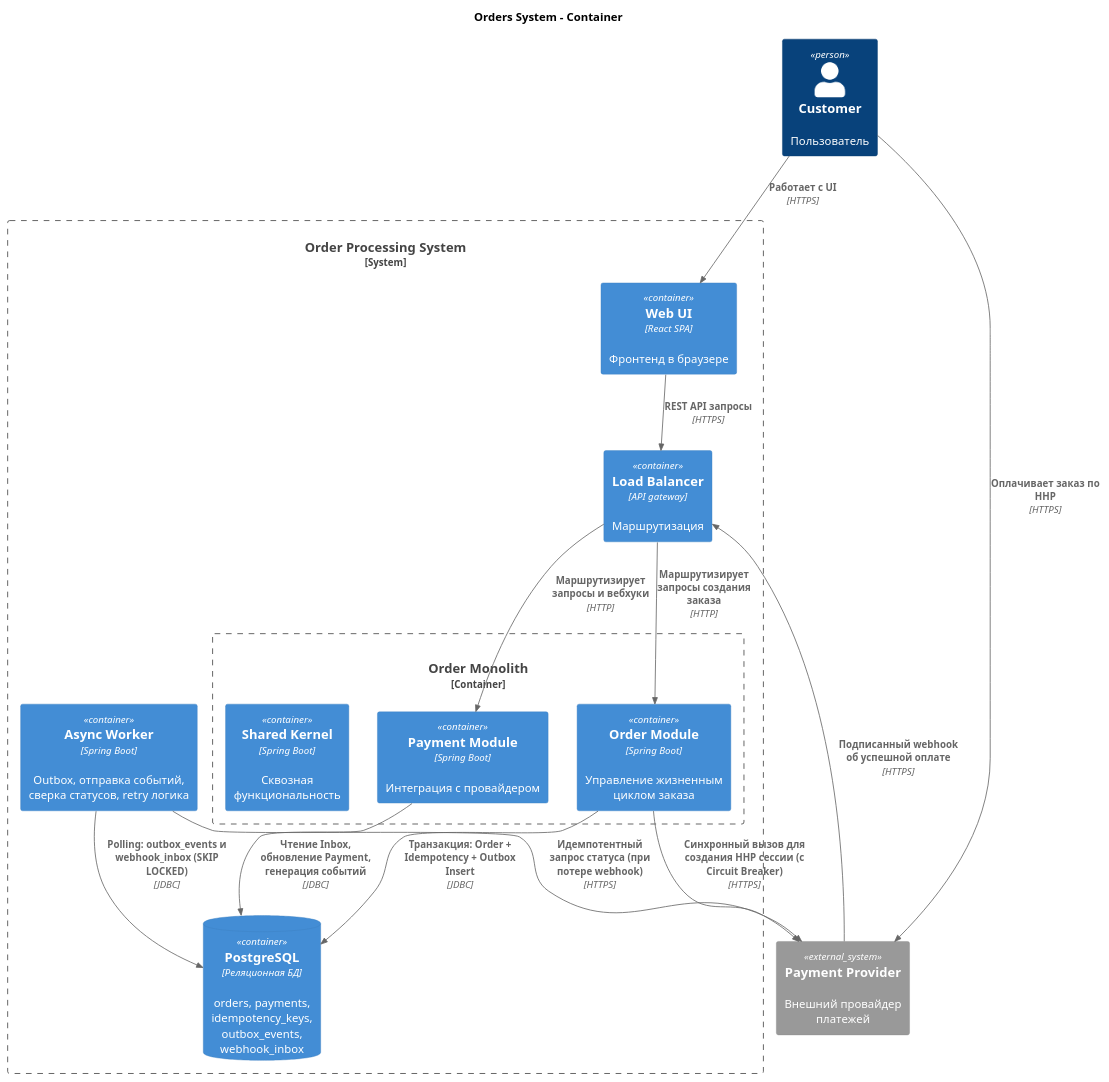
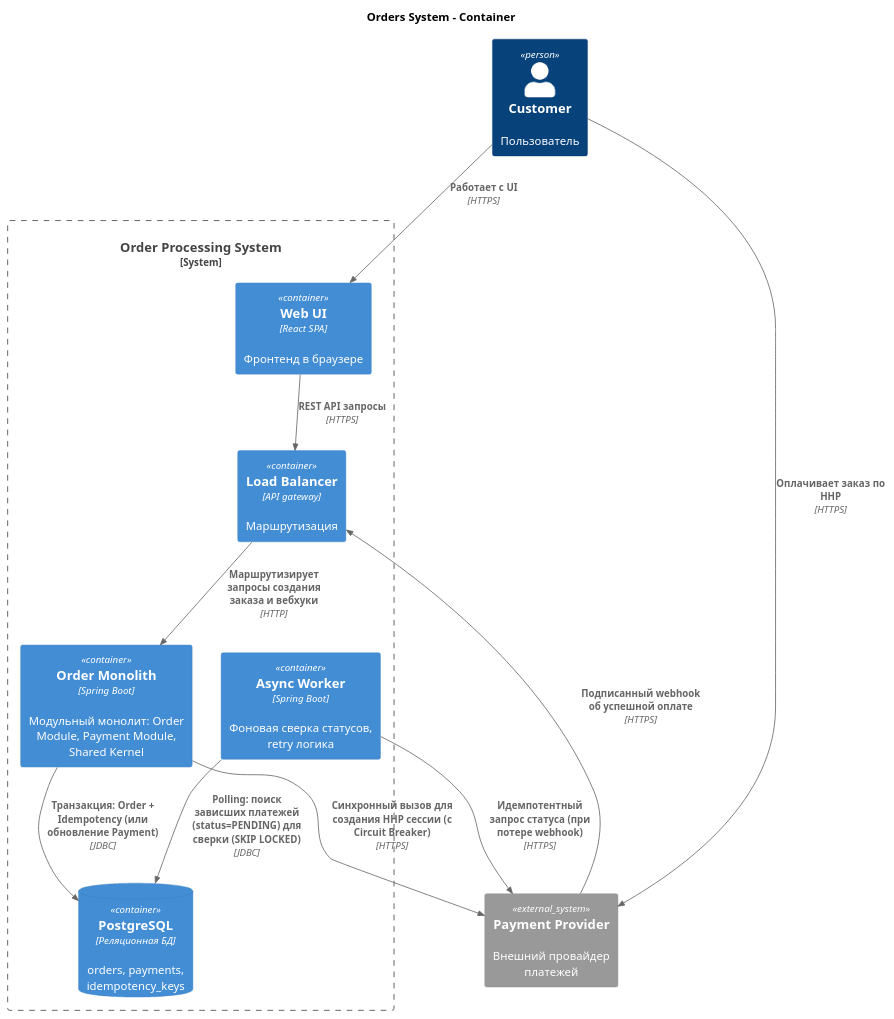
One commit to Adsimka/order-system-architecture changed the diagram in docs/diagrams/c4/container/orders-container.puml. Above: the diagram before and after it, drawn with PlantUML. The commit also changed 2 other files, not shown here.

Commit message:
fix c4 diagrams and add 0001 ADR

```diff
--- a/docs/diagrams/c4/container/orders-container.puml
+++ b/docs/diagrams/c4/container/orders-container.puml
@@ -1,34 +1,28 @@
 @startuml
 
 !include https://raw.githubusercontent.com/plantuml-stdlib/C4-PlantUML/master/C4_Container.puml
 
 title Orders System - Container
 
 Person(customer, "Customer", "Пользователь")
 
 System_Ext(paymentProvider, "Payment Provider", "Внешний провайдер платежей")
 System_Boundary(systemBoundary, "Order Processing System") {
     Container(ui, "Web UI", "React SPA", "Фронтенд в браузере")
     Container(edge, "Load Balancer", "API gateway", "Маршрутизация")
-    Container_Boundary(monolith, "Order Monolith", "Модульный монолит") {
-        Container(orderModule, "Order Module", "Spring Boot", "Управление жизненным циклом заказа")
-        Container(paymentModule, "Payment Module", "Spring Boot", "Интеграция с провайдером")
-        Container(sharedKernel, "Shared Kernel", "Spring Boot", "Сквозная функциональность")
-    }
-    ContainerDb(db, "PostgreSQL", "Реляционная БД", "orders, payments, idempotency_keys, outbox_events, webhook_inbox")
-    Container(worker, "Async Worker", "Spring Boot", "Outbox, отправка событий, сверка статусов, retry логика")
+    Container(monolith, "Order Monolith", "Spring Boot", "Модульный монолит: Order Module, Payment Module, Shared Kernel")
+    ContainerDb(db, "PostgreSQL", "Реляционная БД", "orders, payments, idempotency_keys")
+    Container(worker, "Async Worker", "Spring Boot", "Фоновая сверка статусов, retry логика")
 }
 
 Rel(customer, ui, "Работает c UI", "HTTPS")
 Rel(ui, edge, "REST API запросы", "HTTPS")
-Rel(edge, orderModule, "Маршрутизирует запросы создания заказа", "HTTP")
-Rel(edge, paymentModule, "Маршрутизирует запросы и вебхуки", "HTTP")
-Rel(orderModule, db, "Транзакция: Order + Idempotency + Outbox Insert", "JDBC")
-Rel(orderModule, paymentProvider, "Синхронный вызов для создания HHP сессии (с Circuit Breaker)", "HTTPS")
+Rel(edge, monolith, "Маршрутизирует запросы создания заказа и вебхуки", "HTTP")
+Rel(monolith, db, "Транзакция: Order + Idempotency (или обновление Payment)", "JDBC")
+Rel(monolith, paymentProvider, "Синхронный вызов для создания HHP сессии (с Circuit Breaker)", "HTTPS")
 Rel(paymentProvider, edge, "Подписанный webhook об успешной оплате", "HTTPS")
 Rel(customer, paymentProvider, "Оплачивает заказ по HHP", "HTTPS")
-Rel(paymentModule, db, "Чтение Inbox, обновление Payment, генерация событий", "JDBC")
-Rel(worker, db, "Polling: outbox_events и webhook_inbox (SKIP LOCKED)", "JDBC")
+Rel(worker, db, "Polling: поиск зависших платежей (status=PENDING) для сверки (SKIP LOCKED)", "JDBC")
 Rel(worker, paymentProvider, "Идемпотентный запрос статуса (при потере webhook)", "HTTPS")
 
 @enduml
```
